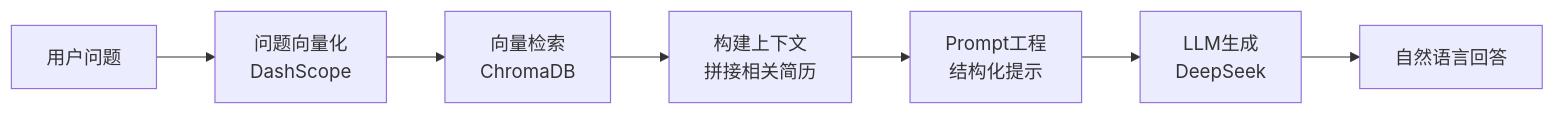
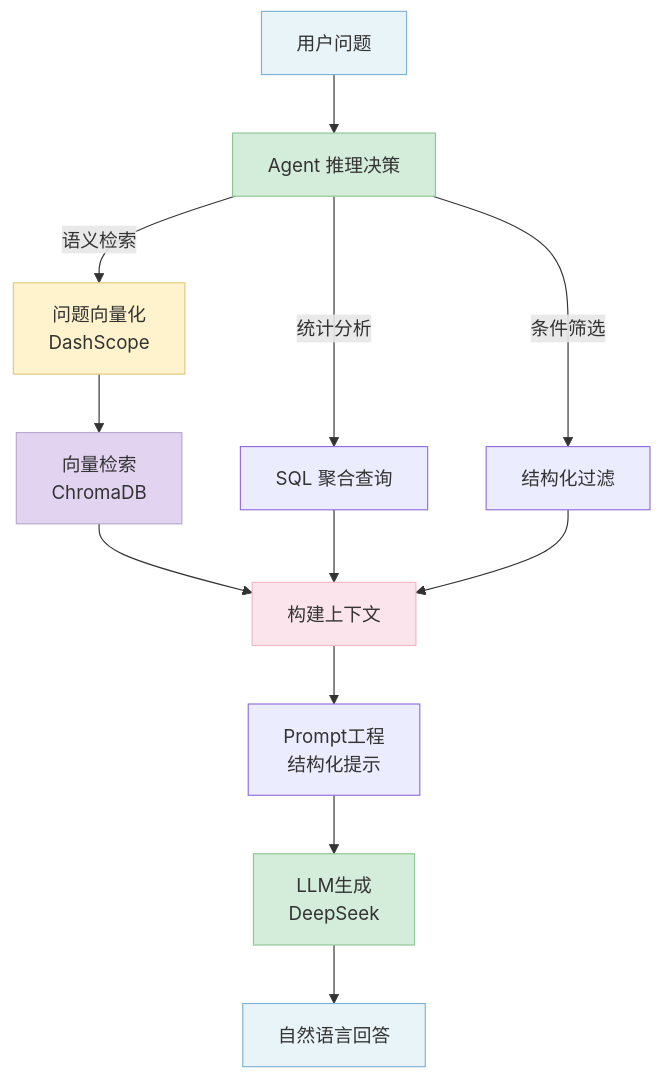
Before and after one commit to xt765/ResumeScreening: diagram 16 of 18 in README.md, drawn with Mermaid. The commit also changed other lines of this file and 4 other files, not shown here.

````diff
--- a/README.md
+++ b/README.md
@@ -626,9 +791,22 @@
 ```mermaid
-graph LR
-    Q[用户问题] --> E[问题向量化<br/>DashScope]
+graph TD
+    Q[用户问题] --> Agent[Agent 推理决策]
+    Agent -->|语义检索| E[问题向量化<br/>DashScope]
+    Agent -->|统计分析| S[SQL 聚合查询]
+    Agent -->|条件筛选| F[结构化过滤]
     E --> R[向量检索<br/>ChromaDB]
-    R --> C[构建上下文<br/>拼接相关简历]
+    R --> C[构建上下文]
+    S --> C
+    F --> C
     C --> P[Prompt工程<br/>结构化提示]
     P --> L[LLM生成<br/>DeepSeek]
     L --> A[自然语言回答]
+    
+    style Q fill:#e8f4f8,stroke:#7fb3d5
+    style Agent fill:#d4edda,stroke:#90c695
+    style E fill:#fff3cd,stroke:#e0c97f
+    style R fill:#e2d4f0,stroke:#b8a9d0
+    style C fill:#fce4ec,stroke:#f0b8c4
+    style L fill:#d4edda,stroke:#90c695
+    style A fill:#e8f4f8,stroke:#7fb3d5
 ```
````
